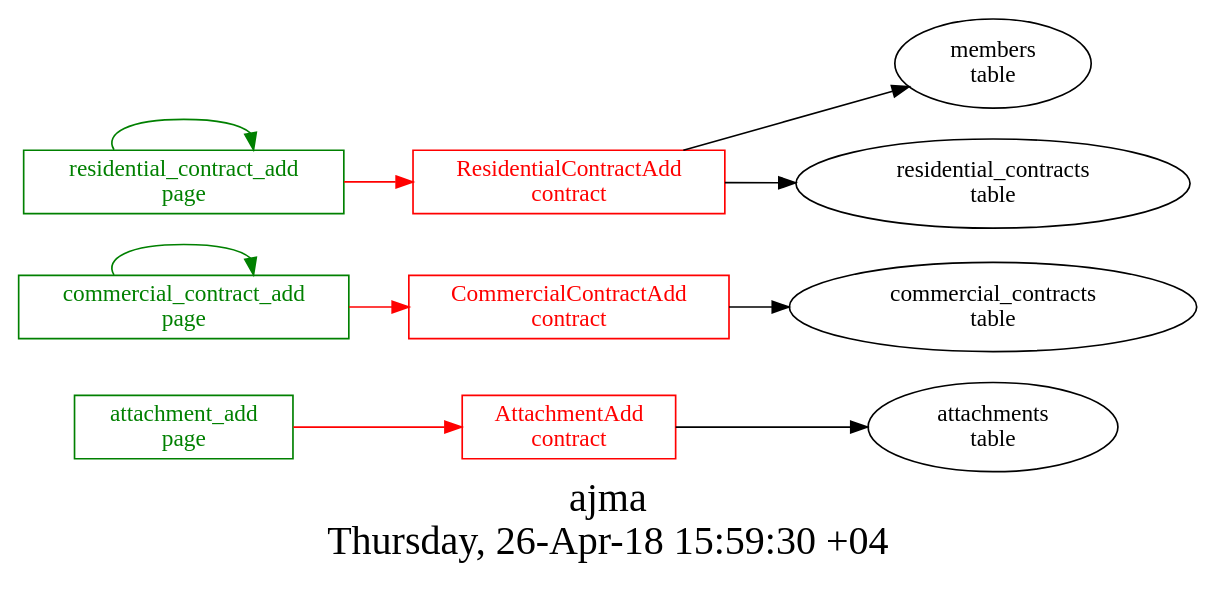
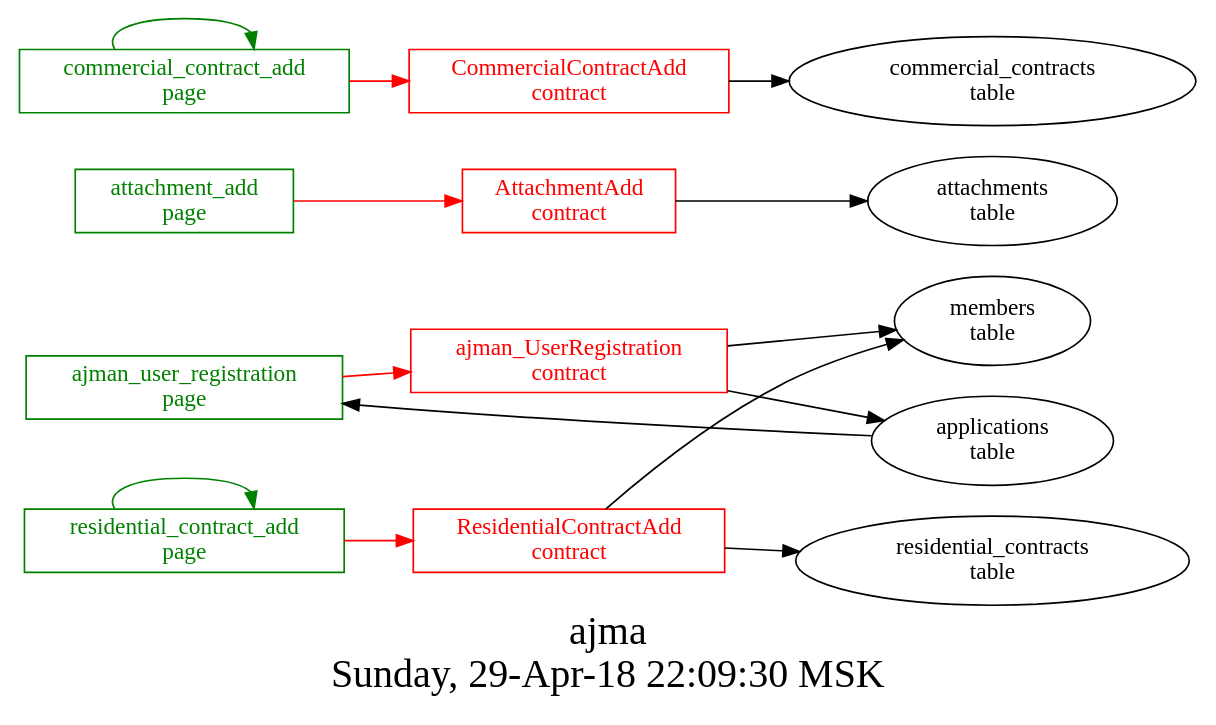
The diagram in src/ajman/struct.dot (AplaProject/apps), drawn with Graphviz before and after one commit. The commit also changed 37 other files, not shown here.

Commit message:
+user registration

```diff
--- a/src/ajman/struct.dot
+++ b/src/ajman/struct.dot
@@ -1,26 +1,34 @@
 digraph G {
-fontsize="24";
-label="ajma\nThursday, 26-Apr-18 15:59:30 +04";
-nojustify=true;
-ordering=out;
-rankdir=LR;
-size="30";
+graph [
+  fontsize="24";
+  label="ajma\nSunday, 29-Apr-18 22:09:30 MSK";
+  nojustify=true;
+  ordering=out;
+  rankdir=LR;
+  size="30";
+];
+"ajman_user_registration\npage" -> "ajman_UserRegistration\ncontract"  [ color=red ]
+"applications\ntable" -> "ajman_user_registration\npage"  [ color="" ]
+"ajman_user_registration\npage" [color=green, fontcolor=green, group=pages, shape=record];
 "attachment_add\npage" -> "AttachmentAdd\ncontract"  [ color=red ]
 "attachment_add\npage" [color=green, fontcolor=green, group=pages, shape=record];
 "commercial_contract_add\npage" -> "CommercialContractAdd\ncontract"  [ color=red ]
 "commercial_contract_add\npage" -> "commercial_contract_add\npage"  [ color=green ]
 "commercial_contract_add\npage" [color=green, fontcolor=green, group=pages, shape=record];
 "residential_contract_add\npage" -> "ResidentialContractAdd\ncontract"  [ color=red ]
 "residential_contract_add\npage" -> "residential_contract_add\npage"  [ color=green ]
 "residential_contract_add\npage" [color=green, fontcolor=green, group=pages, shape=record];
 "AttachmentAdd\ncontract" -> "attachments\ntable"  [ color="" ]
 "AttachmentAdd\ncontract" [color=red, fontcolor=red, group=contracts, shape=record];
 "CommercialContractAdd\ncontract" -> "commercial_contracts\ntable"  [ color="" ]
 "CommercialContractAdd\ncontract" [color=red, fontcolor=red, group=contracts, shape=record];
 "ResidentialContractAdd\ncontract" -> "members\ntable"  [ color="" ]
 "ResidentialContractAdd\ncontract" -> "residential_contracts\ntable"  [ color="" ]
 "ResidentialContractAdd\ncontract" [color=red, fontcolor=red, group=contracts, shape=record];
+"ajman_UserRegistration\ncontract" -> "members\ntable"  [ color="" ]
+"ajman_UserRegistration\ncontract" -> "applications\ntable"  [ color="" ]
+"ajman_UserRegistration\ncontract" [color=red, fontcolor=red, group=contracts, shape=record];
 "attachments\ntable" [color="", fontcolor="", group=tables, shape=""];
 "commercial_contracts\ntable" [color="", fontcolor="", group=tables, shape=""];
 "residential_contracts\ntable" [color="", fontcolor="", group=tables, shape=""];
 }
```
